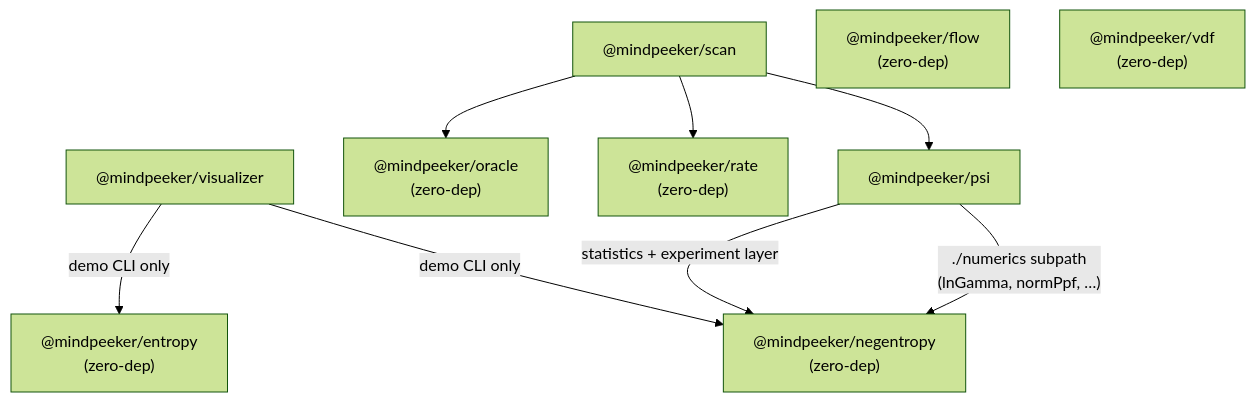
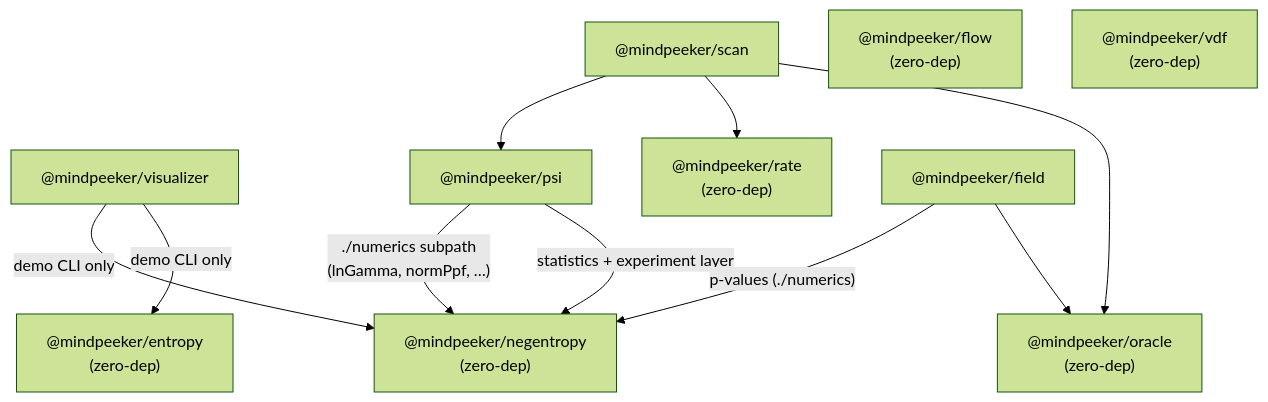
One commit to Polobase/mindpeeker-sdk changed the diagram in README.md. Above: the diagram before and after it, drawn with Mermaid (forest theme). The commit also changed other lines of this file and 21 other files, not shown here.

First line of the commit message:
feat(field): add @mindpeeker/field spatial-negentropy package

````diff
--- a/README.md
+++ b/README.md
@@ -34,12 +35,14 @@
 ```mermaid
 graph TD
   visualizer["@mindpeeker/visualizer"] -- "demo CLI only" --> entropy["@mindpeeker/entropy<br/>(zero-dep)"]
   visualizer -- "demo CLI only" --> negentropy["@mindpeeker/negentropy<br/>(zero-dep)"]
   psi["@mindpeeker/psi"] -- "statistics + experiment layer" --> negentropy
   psi -- "./numerics subpath<br/>(lnGamma, normPpf, …)" --> negentropy
   scan["@mindpeeker/scan"] --> oracle["@mindpeeker/oracle<br/>(zero-dep)"]
   scan --> rate["@mindpeeker/rate<br/>(zero-dep)"]
   scan --> psi
+  field["@mindpeeker/field"] --> oracle
+  field -- "p-values (./numerics)" --> negentropy
   flow["@mindpeeker/flow<br/>(zero-dep)"]
   vdf["@mindpeeker/vdf<br/>(zero-dep)"]
 ```
````
